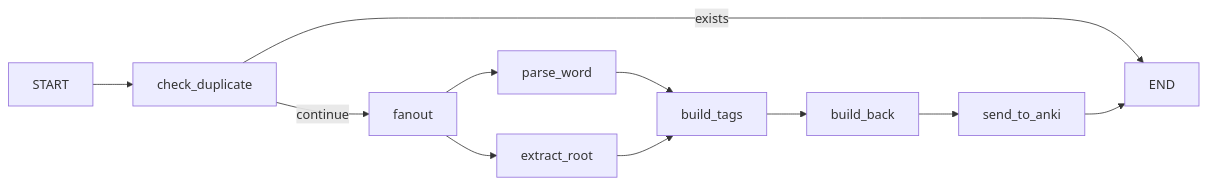
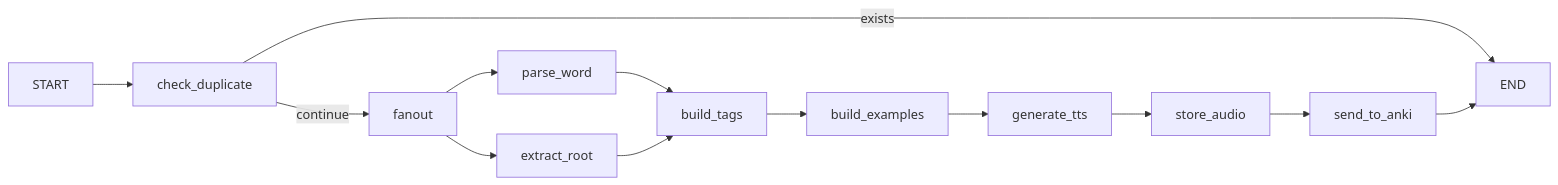
One commit to plusoneee/anki-kor-agent changed the first of 2 diagrams in README.md. Above: the diagram before and after it, drawn with Mermaid. The commit also changed other lines of this file and 2 other files, not shown here.

First line of the commit message:
docs: Rename project to anki-kor-agent and update architecture diagrams

````diff
--- a/README.md
+++ b/README.md
@@ -23,13 +24,15 @@
 ```mermaid
 flowchart LR
     A[START] --> B[check_duplicate]
     B -->|exists| C[END]
     B -->|continue| D[fanout]
     D --> E[parse_word]
     D --> F[extract_root]
     E --> G[build_tags]
     F --> G
-    G --> H[build_back]
-    H --> I[send_to_anki]
-    I --> C
+    G --> H[build_examples]
+    H --> I[generate_tts]
+    I --> J[store_audio]
+    J --> K[send_to_anki]
+    K --> C
 ```
````
